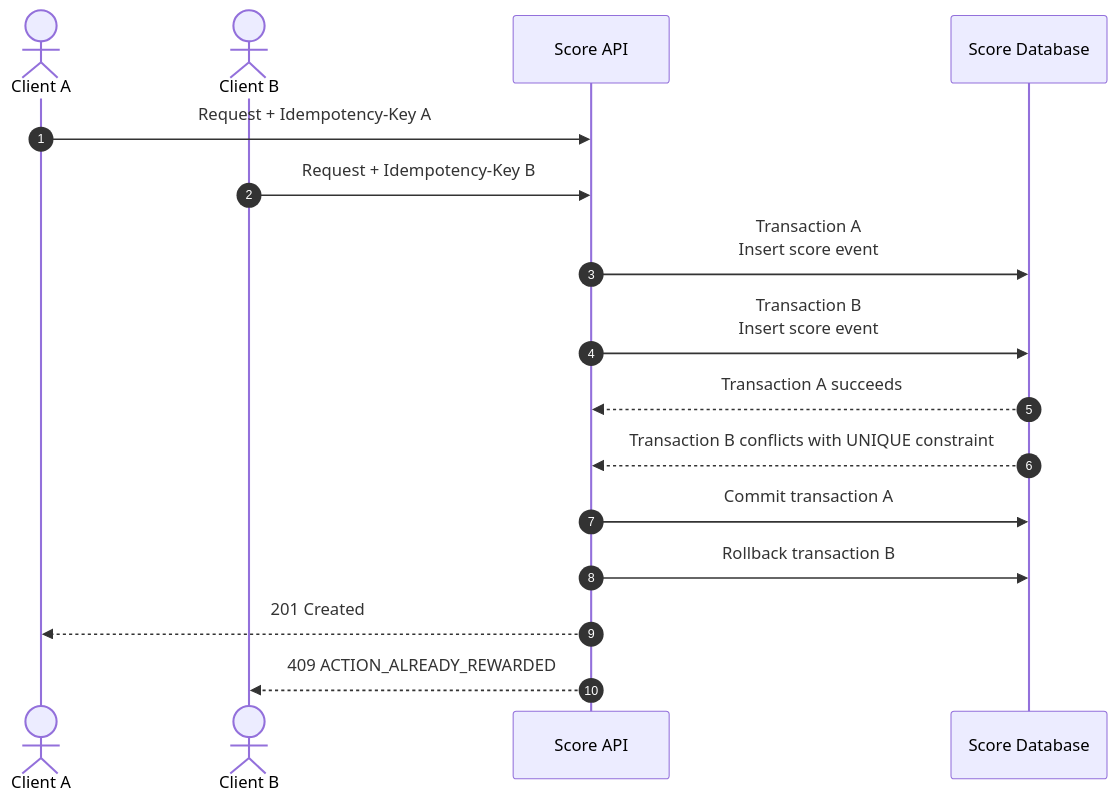
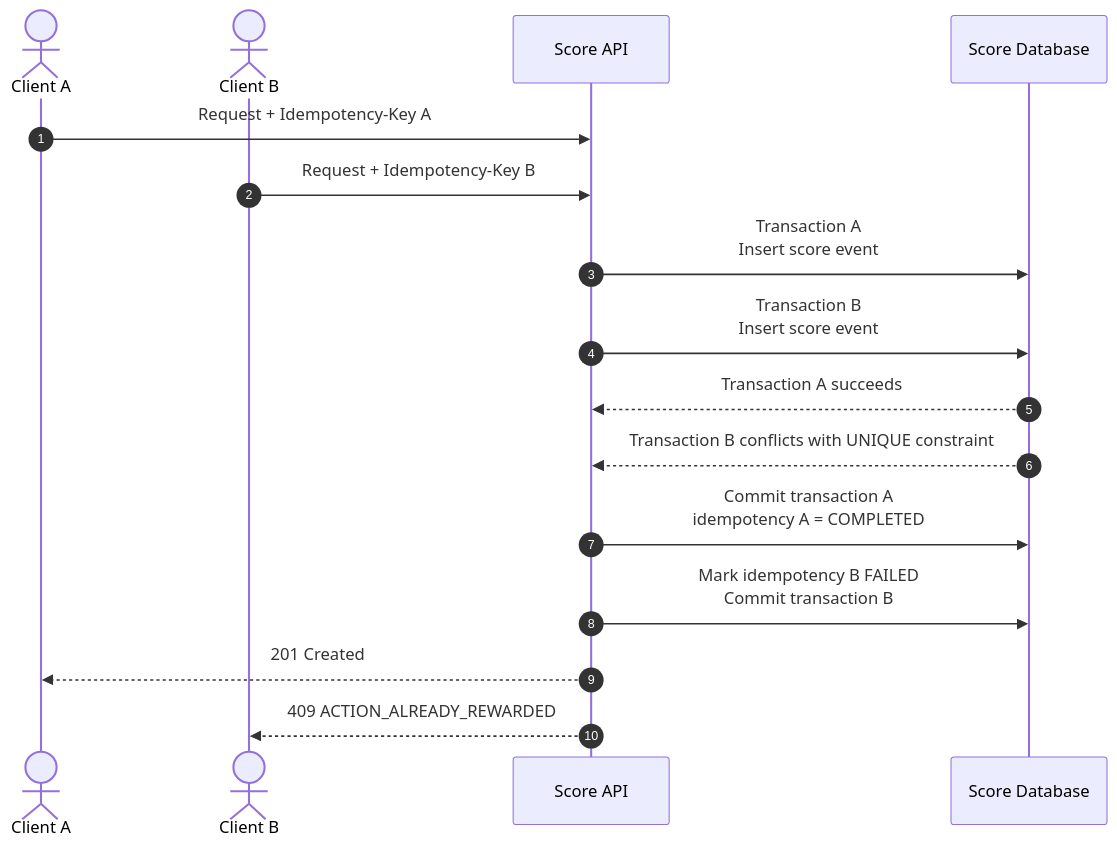
Before and after one commit to satryawiguna/99tech-code-challenge: the second of 2 diagrams in src/problem6/diagrams/score-event-sequence.md, drawn with Mermaid. The commit also changed other lines of this file and 2 other files, not shown here.

Commit message:
docs(problem6): revise document scalability, database, score-event-sequence

````diff
--- a/src/problem6/diagrams/score-event-sequence.md
+++ b/src/problem6/diagrams/score-event-sequence.md
@@ -403,24 +418,24 @@
 ```mermaid
 sequenceDiagram
     autonumber
 
     actor ClientA as Client A
     actor ClientB as Client B
     participant API as Score API
     participant DB as Score Database
 
     ClientA->>API: Request + Idempotency-Key A
     ClientB->>API: Request + Idempotency-Key B
 
     API->>DB: Transaction A<br/>Insert score event
     API->>DB: Transaction B<br/>Insert score event
 
     DB-->>API: Transaction A succeeds
     DB-->>API: Transaction B conflicts with UNIQUE constraint
 
-    API->>DB: Commit transaction A
-    API->>DB: Rollback transaction B
+    API->>DB: Commit transaction A<br/>idempotency A = COMPLETED
+    API->>DB: Mark idempotency B FAILED<br/>Commit transaction B
 
     API-->>ClientA: 201 Created
     API-->>ClientB: 409 ACTION_ALREADY_REWARDED
 ```
````
